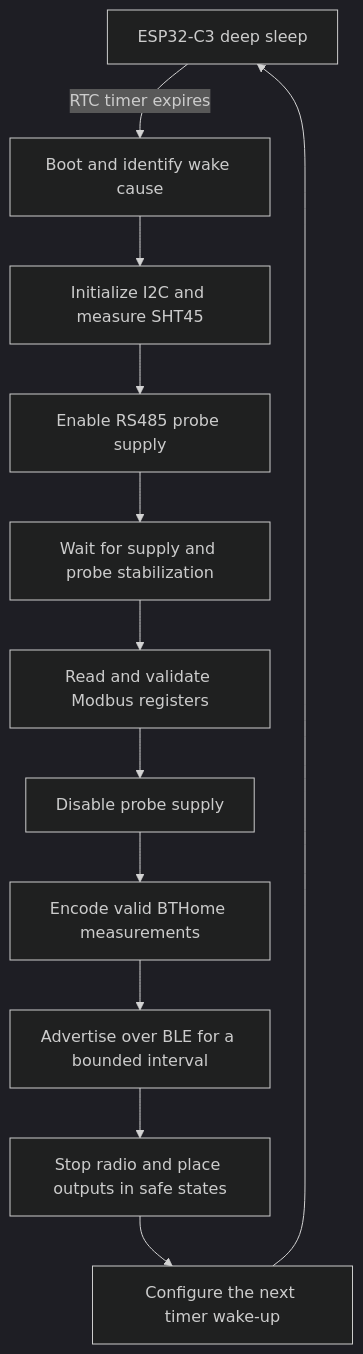
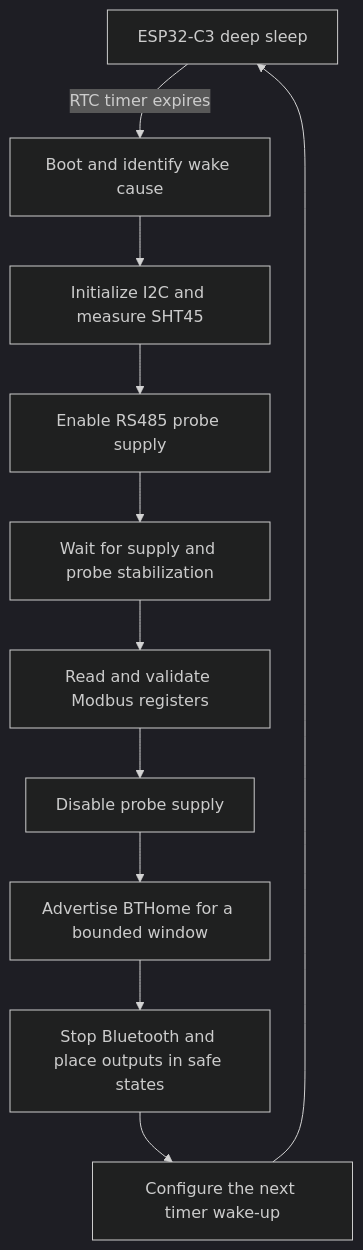
One commit to keefo/open-plant-pulse changed the diagram in docs/power-management.md. Above: the diagram before and after it, drawn with Mermaid (dark theme). The commit also changed other lines of this file and 11 other files, not shown here.

````diff
--- a/docs/power-management.md
+++ b/docs/power-management.md
@@ -36,14 +38,13 @@
 ```mermaid
 flowchart TD
     Sleep[ESP32-C3 deep sleep] -->|RTC timer expires| Boot[Boot and identify wake cause]
     Boot --> Air[Initialize I2C and measure SHT45]
     Air --> ProbeOn[Enable RS485 probe supply]
     ProbeOn --> Stabilize[Wait for supply and probe stabilization]
     Stabilize --> Modbus[Read and validate Modbus registers]
     Modbus --> ProbeOff[Disable probe supply]
-    ProbeOff --> Encode[Encode valid BTHome measurements]
-    Encode --> Advertise[Advertise over BLE for a bounded interval]
-    Advertise --> Cleanup[Stop radio and place outputs in safe states]
+    ProbeOff --> BLE[Advertise BTHome for a bounded window]
+    BLE --> Cleanup[Stop Bluetooth and place outputs in safe states]
     Cleanup --> Alarm[Configure the next timer wake-up]
     Alarm --> Sleep
 ```
````
